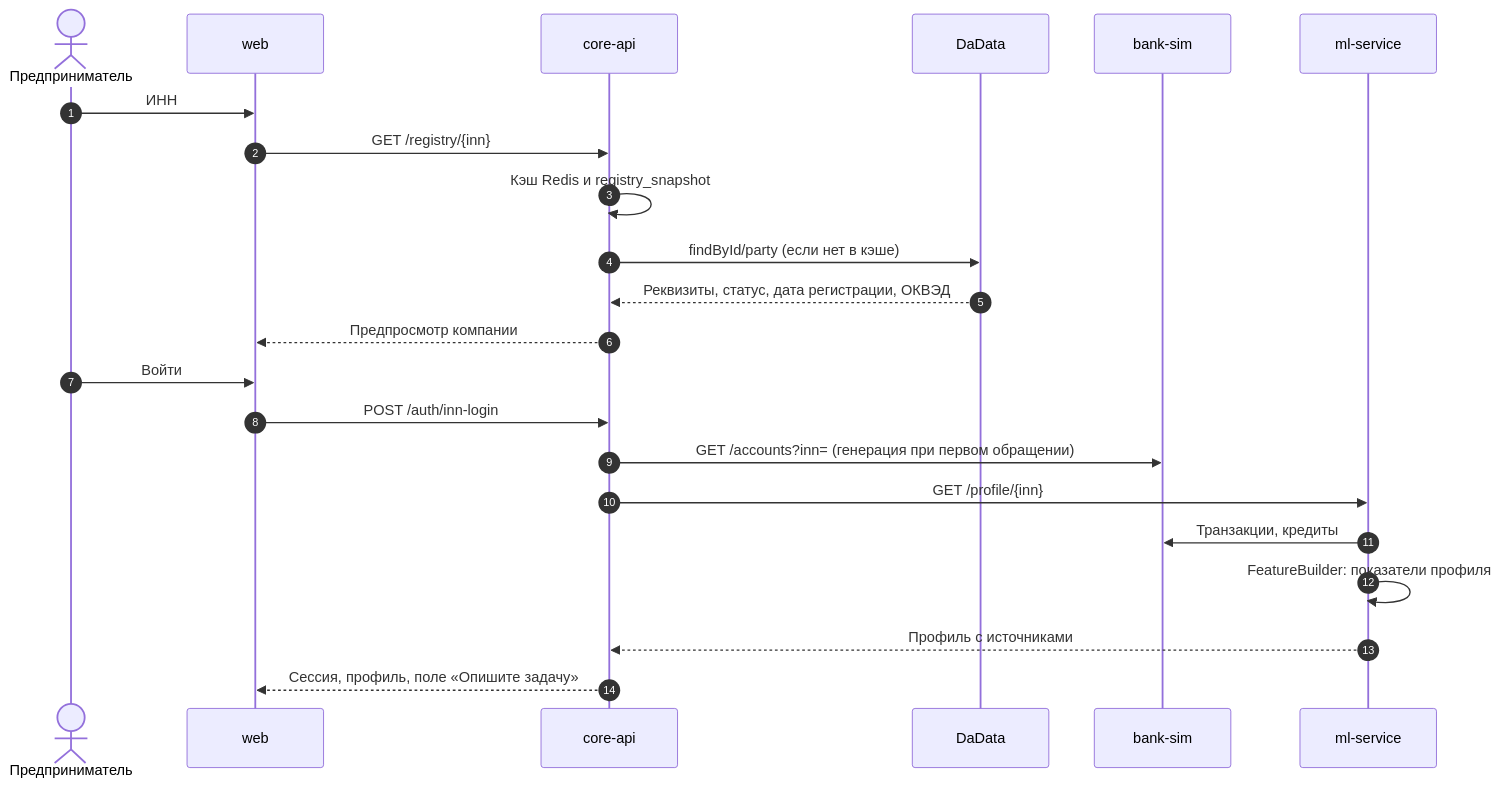
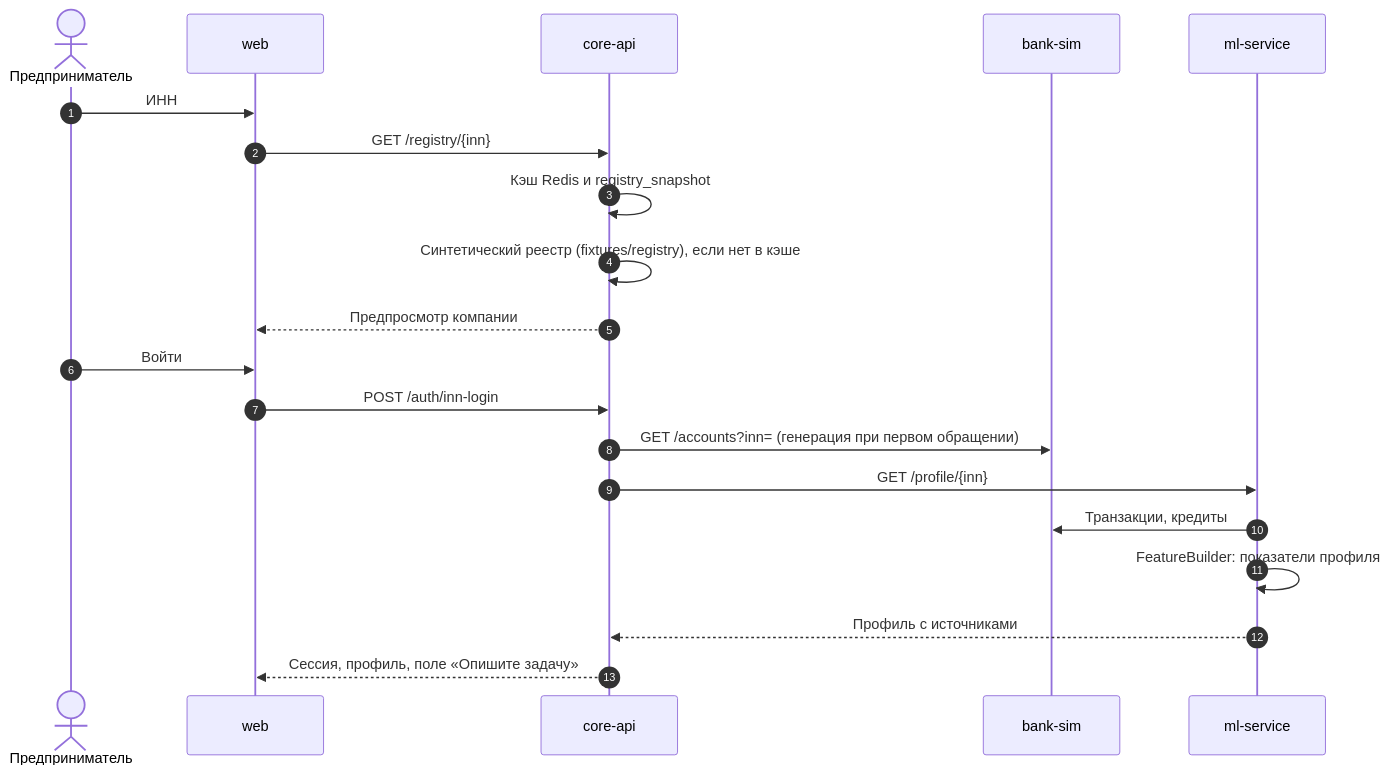
The fourth of 18 diagrams in docs/Архитектура прототипа — Умный кредитный кабинет (хакатон).md (HRV220/AlfaHack2026), drawn with Mermaid before and after one commit. The commit also changed other lines of this file and 4 other files, not shown here.

````diff
--- a/docs/Архитектура прототипа — Умный кредитный кабинет (хакатон).md
+++ b/docs/Архитектура прототипа — Умный кредитный кабинет (хакатон).md
@@ -160,24 +159,22 @@
 ```mermaid
 sequenceDiagram
   autonumber
   actor C as Предприниматель
   participant WEB as web
   participant CORE as core-api
-  participant DD as DaData
   participant SIM as bank-sim
   participant ML as ml-service
   C->>WEB: ИНН
   WEB->>CORE: GET /registry/{inn}
   CORE->>CORE: Кэш Redis и registry_snapshot
-  CORE->>DD: findById/party (если нет в кэше)
-  DD-->>CORE: Реквизиты, статус, дата регистрации, ОКВЭД
+  CORE->>CORE: Синтетический реестр (fixtures/registry), если нет в кэше
   CORE-->>WEB: Предпросмотр компании
   C->>WEB: Войти
   WEB->>CORE: POST /auth/inn-login
   CORE->>SIM: GET /accounts?inn= (генерация при первом обращении)
   CORE->>ML: GET /profile/{inn}
   ML->>SIM: Транзакции, кредиты
   ML->>ML: FeatureBuilder: показатели профиля
   ML-->>CORE: Профиль с источниками
   CORE-->>WEB: Сессия, профиль, поле «Опишите задачу»
 ```
````
